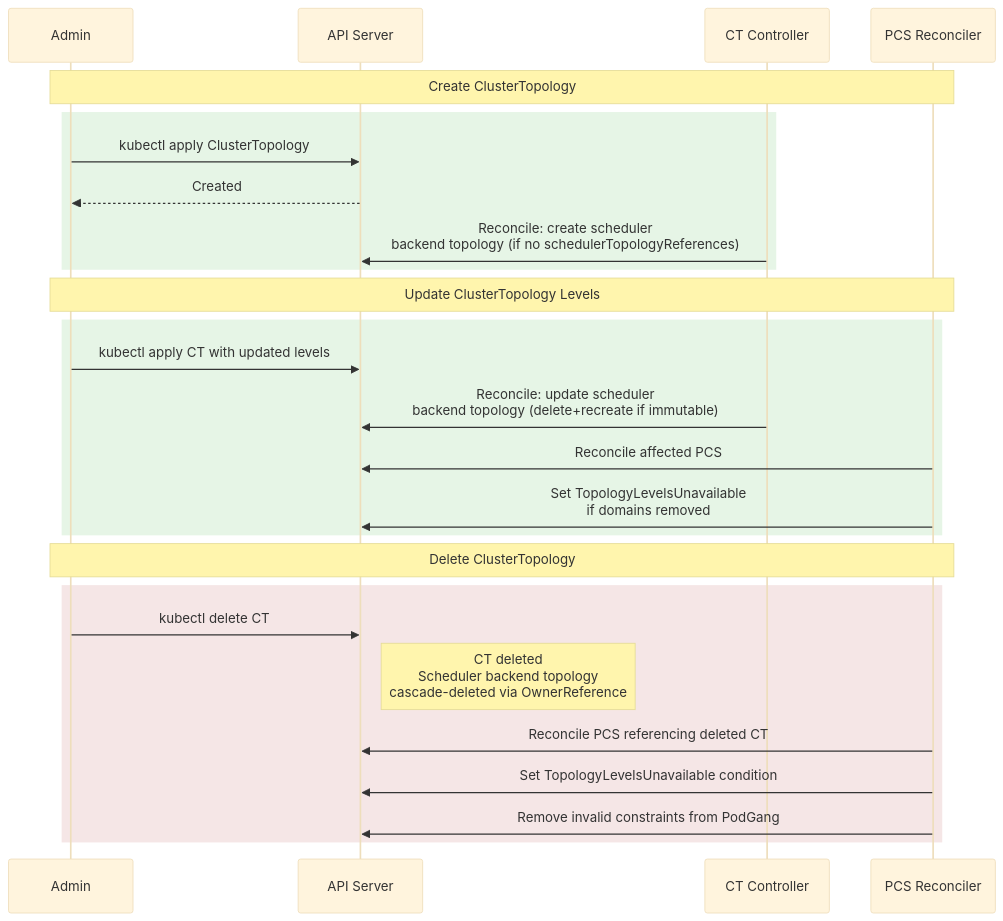
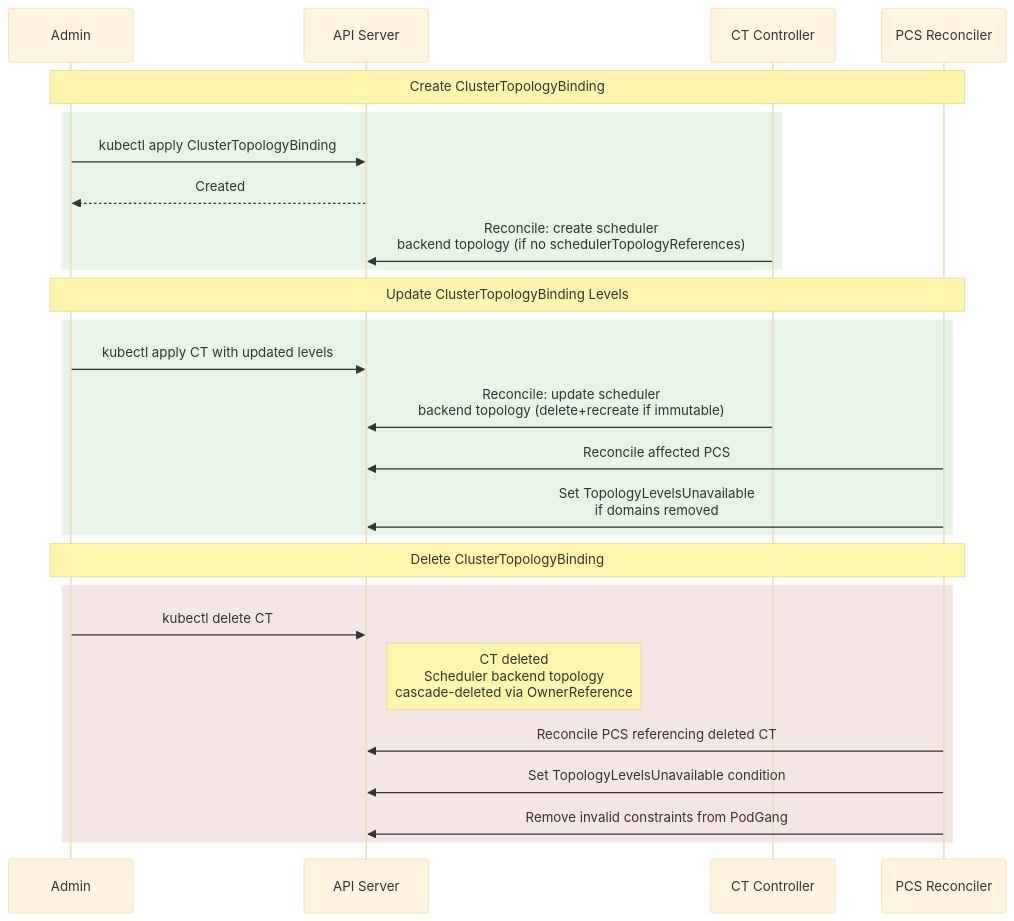
The diagram in docs/proposals/244-topology-aware-scheduling/README.md (renormalize/grove), drawn with Mermaid (base theme) before and after one commit. The commit also changed other lines of this file and 62 other files, not shown here.

Commit message:
Rename ClusterTopology CRD to ClusterTopologyBinding (#616)

````diff
--- a/docs/proposals/244-topology-aware-scheduling/README.md
+++ b/docs/proposals/244-topology-aware-scheduling/README.md
@@ -576,34 +576,34 @@
 ```mermaid
 sequenceDiagram
     participant Admin
     participant API as API Server
     participant Ctrl as CT Controller
     participant PCSRec as PCS Reconciler
 
-    Note over Admin, PCSRec: Create ClusterTopology
+    Note over Admin, PCSRec: Create ClusterTopologyBinding
 
     rect rgb(230, 245, 230)
-        Admin->>API: kubectl apply ClusterTopology
+        Admin->>API: kubectl apply ClusterTopologyBinding
         API-->>Admin: Created
         Ctrl->>API: Reconcile: create scheduler<br/>backend topology (if no schedulerTopologyReferences)
     end
 
-    Note over Admin, PCSRec: Update ClusterTopology Levels
+    Note over Admin, PCSRec: Update ClusterTopologyBinding Levels
 
     rect rgb(230, 245, 230)
         Admin->>API: kubectl apply CT with updated levels
         Ctrl->>API: Reconcile: update scheduler<br/>backend topology (delete+recreate if immutable)
         PCSRec->>API: Reconcile affected PCS
         PCSRec->>API: Set TopologyLevelsUnavailable<br/>if domains removed
     end
 
-    Note over Admin, PCSRec: Delete ClusterTopology
+    Note over Admin, PCSRec: Delete ClusterTopologyBinding
 
     rect rgb(245, 230, 230)
         Admin->>API: kubectl delete CT
         Note right of API: CT deleted<br/>Scheduler backend topology<br/>cascade-deleted via OwnerReference
         PCSRec->>API: Reconcile PCS referencing deleted CT
         PCSRec->>API: Set TopologyLevelsUnavailable condition
         PCSRec->>API: Remove invalid constraints from PodGang
     end
 ```
````
